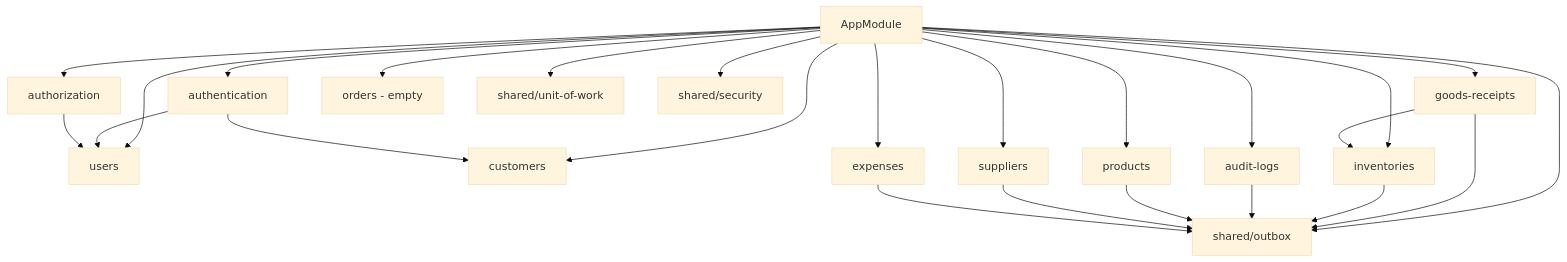
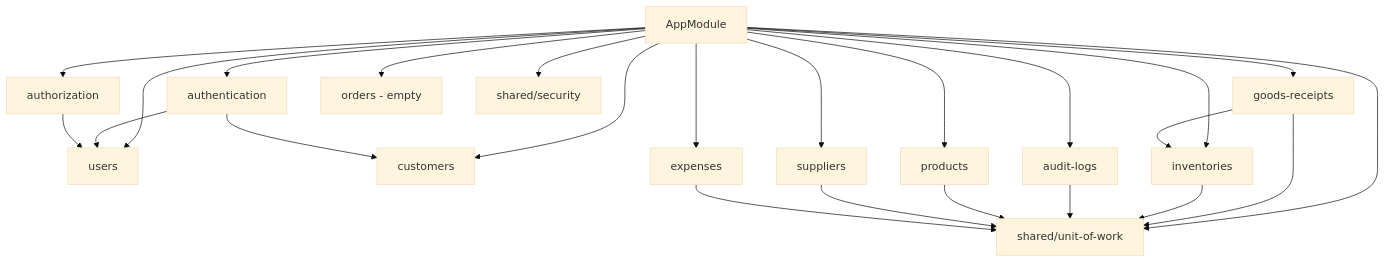
Before and after one commit to pham-dinh-thai/pharmacy-otc: the second of 4 diagrams in docs/architecture.md, drawn with Mermaid (base theme). The commit also changed other lines of this file and 182 other files, not shown here.

````diff
--- a/docs/architecture.md
+++ b/docs/architecture.md
@@ -55,29 +54,28 @@
 ```mermaid
 flowchart TB
     App[AppModule]
     App --> AuthN[authentication]
     App --> AuthZ[authorization]
     App --> Users[users]
     App --> Customers[customers]
     App --> Products[products]
     App --> Suppliers[suppliers]
     App --> GR[goods-receipts]
     App --> Inv[inventories]
     App --> Orders[orders - empty]
     App --> Expenses[expenses]
     App --> Audit[audit-logs]
-    App --> Outbox[shared/outbox]
     App --> UoW[shared/unit-of-work]
     App --> Security[shared/security]
 
     AuthN --> Users
     AuthN --> Customers
     AuthZ --> Users
     GR --> Inv
-    GR --> Outbox
-    Inv --> Outbox
-    Audit --> Outbox
-    Products --> Outbox
-    Suppliers --> Outbox
-    Expenses --> Outbox
+    GR --> UoW
+    Inv --> UoW
+    Audit --> UoW
+    Products --> UoW
+    Suppliers --> UoW
+    Expenses --> UoW
 ```
````
